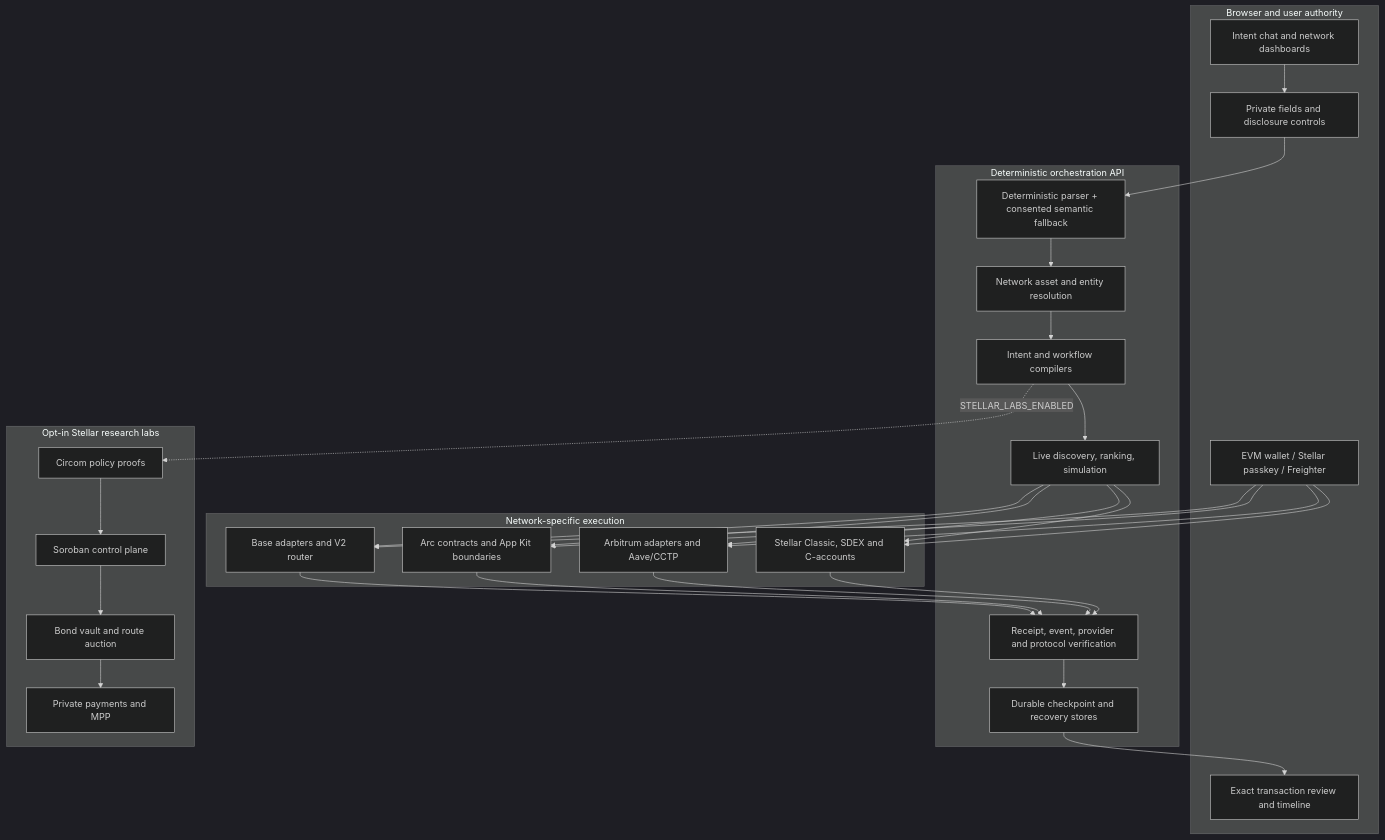
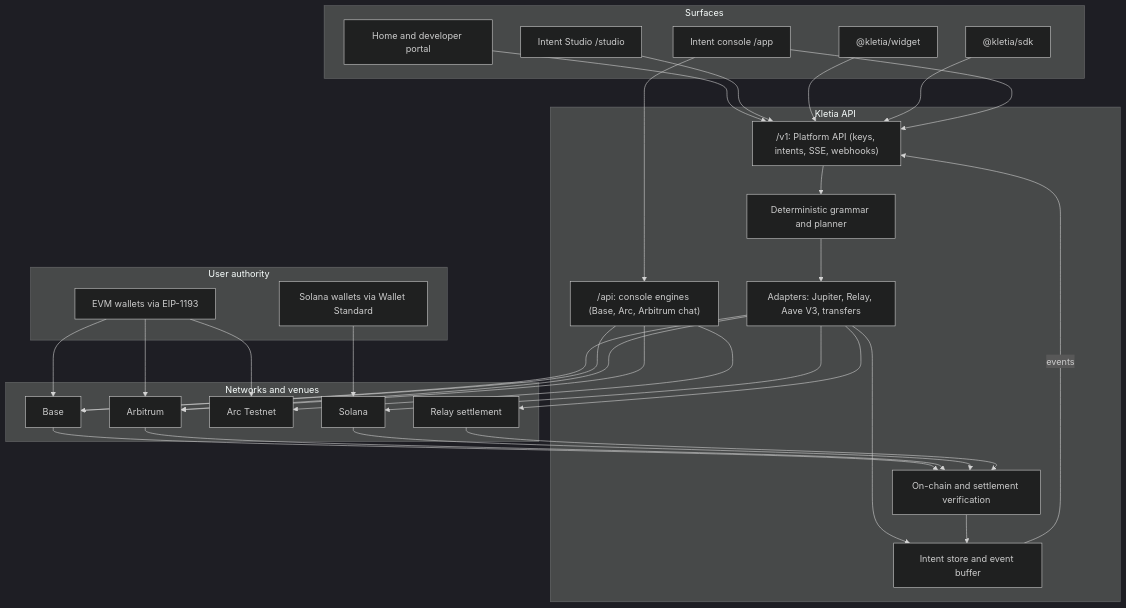
The first of 2 diagrams in docs/architecture/overview.md (furkan3152/Kletia), drawn with Mermaid (dark theme) before and after one commit. The commit also changed other lines of this file and 8 other files, not shown here.

First line of the commit message:
feat(widget): add embeddable intent widget

````diff
--- a/docs/architecture/overview.md
+++ b/docs/architecture/overview.md
@@ -20,39 +25,43 @@
 ```mermaid
 flowchart TB
-    subgraph Client[Browser and user authority]
-      UI[Intent chat and network dashboards]
-      Privacy[Private fields and disclosure controls]
-      Wallet[EVM wallet / Stellar passkey / Freighter]
-      Review[Exact transaction review and timeline]
+    subgraph Surfaces[Surfaces]
+      Home[Home and developer portal]
+      Console[Intent console /app]
+      Studio[Intent Studio /studio]
+      Widget["@kletia/widget"]
+      SDK["@kletia/sdk"]
     end
 
-    subgraph API[Deterministic orchestration API]
-      Parse[Deterministic parser + consented semantic fallback]
-      Resolve[Network asset and entity resolution]
-      Compile[Intent and workflow compilers]
-      Rank[Live discovery, ranking, simulation]
-      State[Durable checkpoint and recovery stores]
-      Verify[Receipt, event, provider and protocol verification]
+    subgraph Wallets[User authority]
+      EVM[EVM wallets via EIP-1193]
+      SOL[Solana wallets via Wallet Standard]
     end
 
-    subgraph Execution[Network-specific execution]
-      Base[Base adapters and V2 router]
-      Arc[Arc contracts and App Kit boundaries]
-      Arb[Arbitrum adapters and Aave/CCTP]
-      Stellar[Stellar Classic, SDEX and C-accounts]
+    subgraph API[Kletia API]
+      AppRoutes["/api: console engines (Base, Arc, Arbitrum chat)"]
+      V1["/v1: Platform API (keys, intents, SSE, webhooks)"]
+      Planner[Deterministic grammar and planner]
+      Adapters[Adapters: Jupiter, Relay, Aave V3, transfers]
+      Store[Intent store and event buffer]
+      Verify[On-chain and settlement verification]
     end
 
-    subgraph Labs[Opt-in Stellar research labs]
-      Policy[Circom policy proofs]
-      Control[Soroban control plane]
-      Auction[Bond vault and route auction]
-      Shielded[Private payments and MPP]
+    subgraph Networks[Networks and venues]
+      Base[Base]
+      Arb[Arbitrum]
+      Arc[Arc Testnet]
+      Sol[Solana]
+      Relay[Relay settlement]
     end
 
-    UI --> Privacy --> Parse
-    Parse --> Resolve --> Compile --> Rank
-    Rank --> Base & Arc & Arb & Stellar
-    Wallet --> Base & Arc & Arb & Stellar
-    Base & Arc & Arb & Stellar --> Verify --> State --> Review
-    Compile -. STELLAR_LABS_ENABLED .-> Policy --> Control --> Auction --> Shielded
+    Home & Studio & Widget & SDK --> V1
+    Console --> AppRoutes
+    Console --> V1
+    V1 --> Planner --> Adapters --> Store
+    Adapters --> Base & Arb & Sol & Relay
+    AppRoutes --> Base & Arc & Arb
+    EVM --> Base & Arb & Arc
+    SOL --> Sol
+    Base & Arb & Sol & Relay --> Verify --> Store
+    Store -- events --> V1
 ```
````
